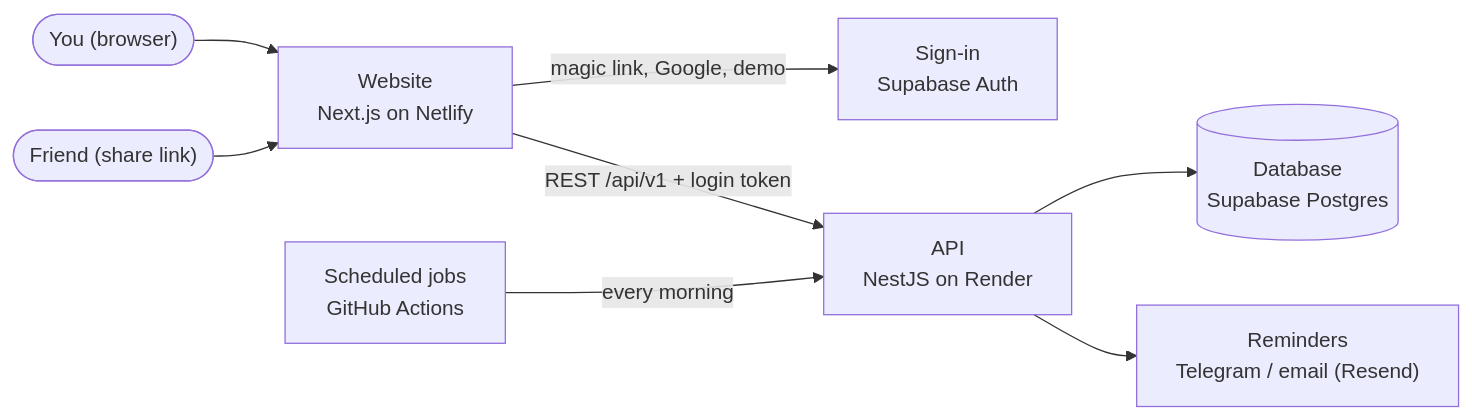
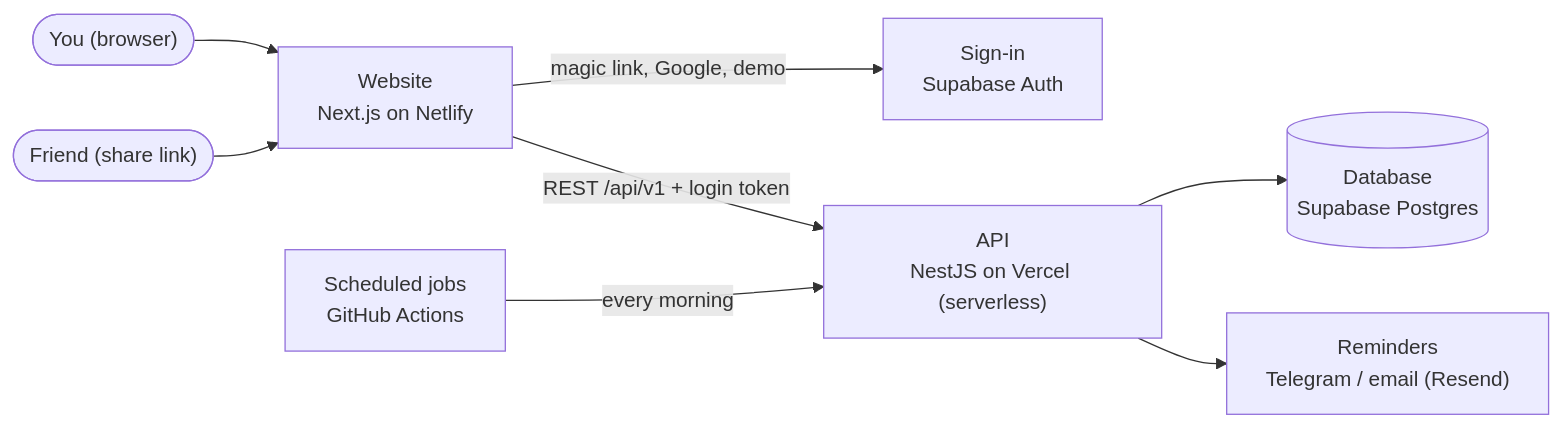
One commit to Khahaha10/coinbook changed the diagram in README.md. Above: the diagram before and after it, drawn with Mermaid. The commit also changed other lines of this file and 7 other files, not shown here.

Commit message:
feat(api): serverless entry for vercel

````diff
--- a/README.md
+++ b/README.md
@@ -69,19 +69,19 @@
 ```mermaid
 flowchart LR
     user(["You (browser)"])
     friend(["Friend (share link)"])
     web["Website<br/>Next.js on Netlify"]
-    api["API<br/>NestJS on Render"]
+    api["API<br/>NestJS on Vercel (serverless)"]
     auth["Sign-in<br/>Supabase Auth"]
     db[("Database<br/>Supabase Postgres")]
     gh["Scheduled jobs<br/>GitHub Actions"]
     notify["Reminders<br/>Telegram / email (Resend)"]
 
     user --> web
     friend --> web
     web -- "magic link, Google, demo" --> auth
     web -- "REST /api/v1 + login token" --> api
     api --> db
     gh -- "every morning" --> api
     api --> notify
 ```
````
